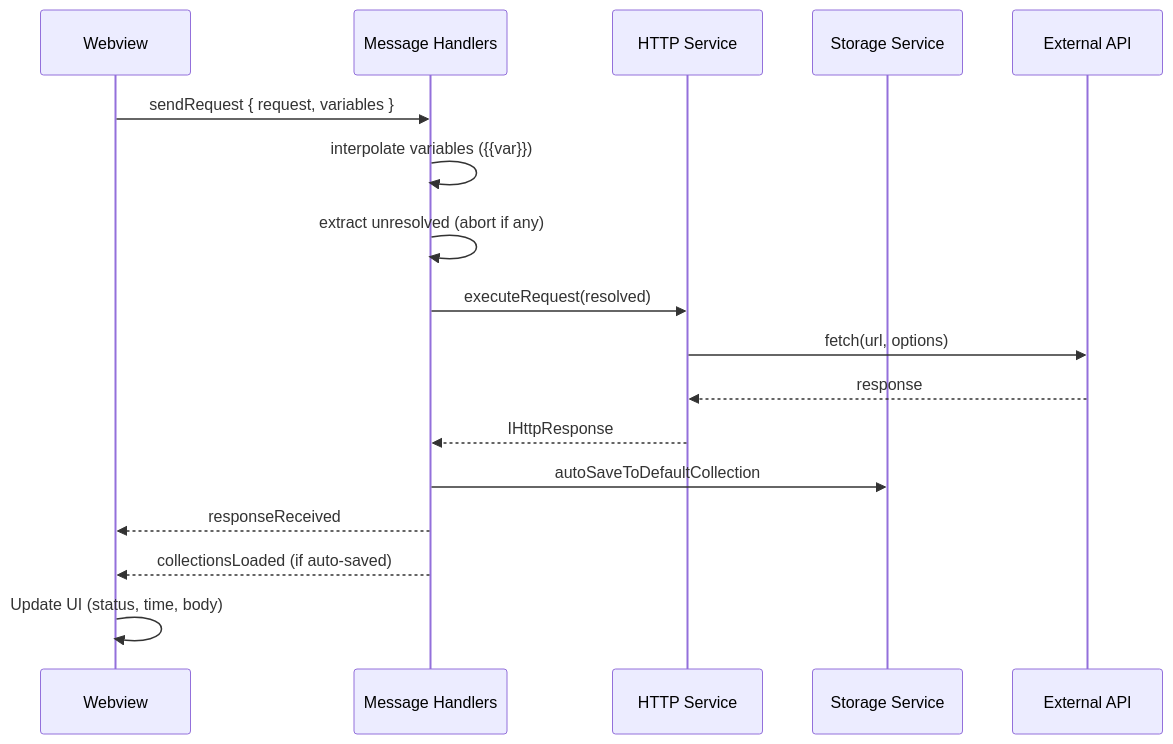
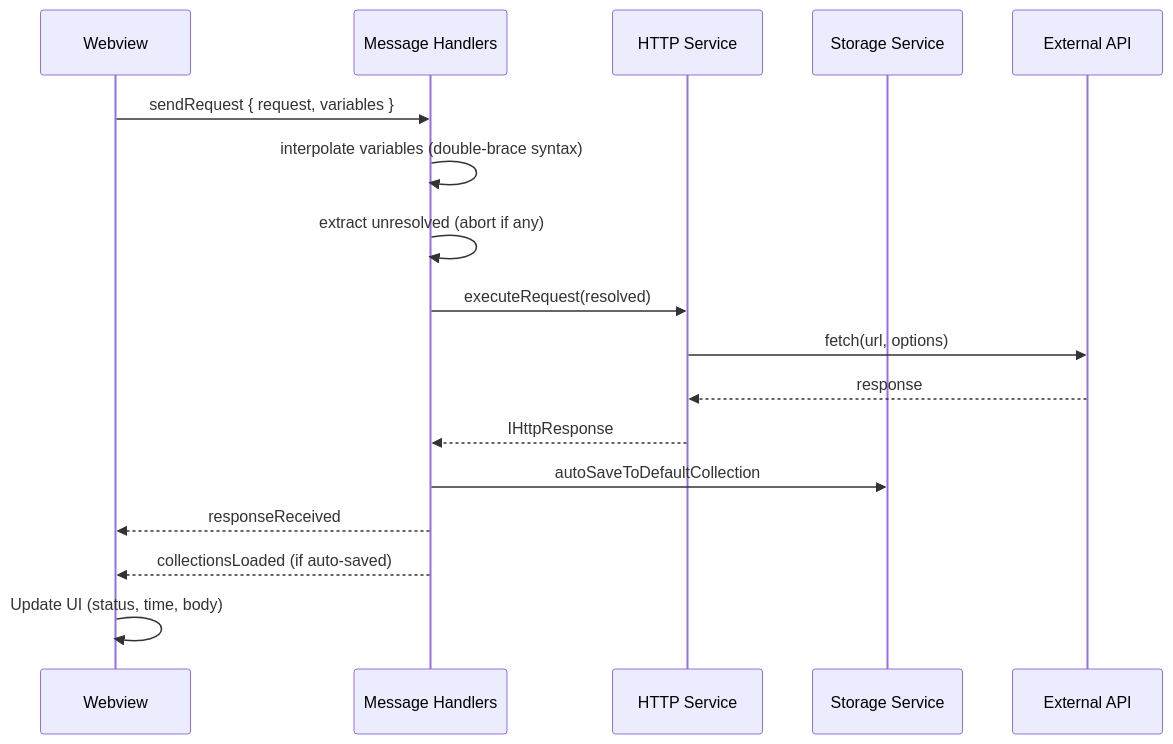
The second of 3 diagrams in README.md (moiseshernandez26/JoltAPI), drawn with Mermaid before and after one commit. The commit also changed other lines of this file and 1 other file, not shown here.

````diff
--- a/README.md
+++ b/README.md
@@ -118,20 +118,20 @@
 ```mermaid
 sequenceDiagram
     participant W as Webview
     participant M as Message Handlers
     participant H as HTTP Service
     participant S as Storage Service
     participant API as External API
 
     W->>M: sendRequest { request, variables }
-    M->>M: interpolate variables ({{var}})
+    M->>M: interpolate variables (double-brace syntax)
     M->>M: extract unresolved (abort if any)
     M->>H: executeRequest(resolved)
     H->>API: fetch(url, options)
     API-->>H: response
     H-->>M: IHttpResponse
     M->>S: autoSaveToDefaultCollection
     M-->>W: responseReceived
     M-->>W: collectionsLoaded (if auto-saved)
     W->>W: Update UI (status, time, body)
 ```
````
